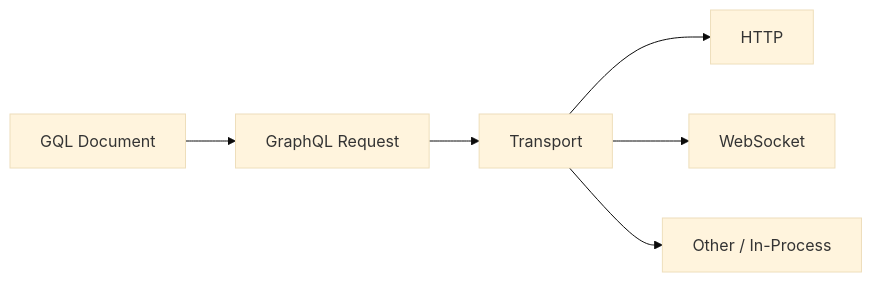
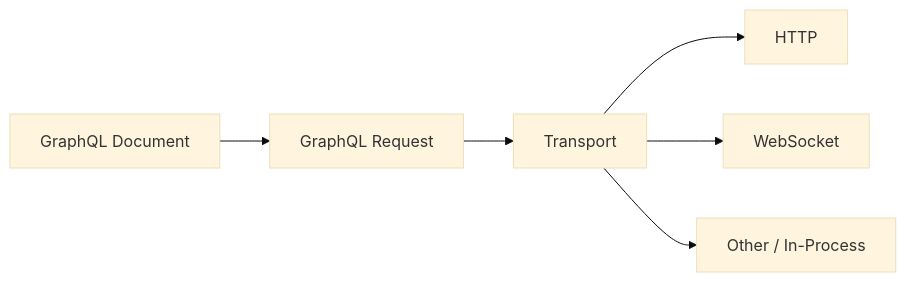
Before and after one commit to etler/minimalist-guide: the second of 13 diagrams in graphql.md, drawn with Mermaid (base theme). The commit also changed other lines of this file, not shown here.

Commit message:
Clarify GraphQL terminology and introduce terms before use

````diff
--- a/graphql.md
+++ b/graphql.md
@@ -142,8 +142,8 @@
 ```mermaid
 flowchart LR
-    G[GQL Document] --> R[GraphQL Request]
+    G[GraphQL Document] --> R[GraphQL Request]
     R --> T[Transport]
     T --> H[HTTP]
     T --> W[WebSocket]
     T --> C[Other / In-Process]
 ```
````
